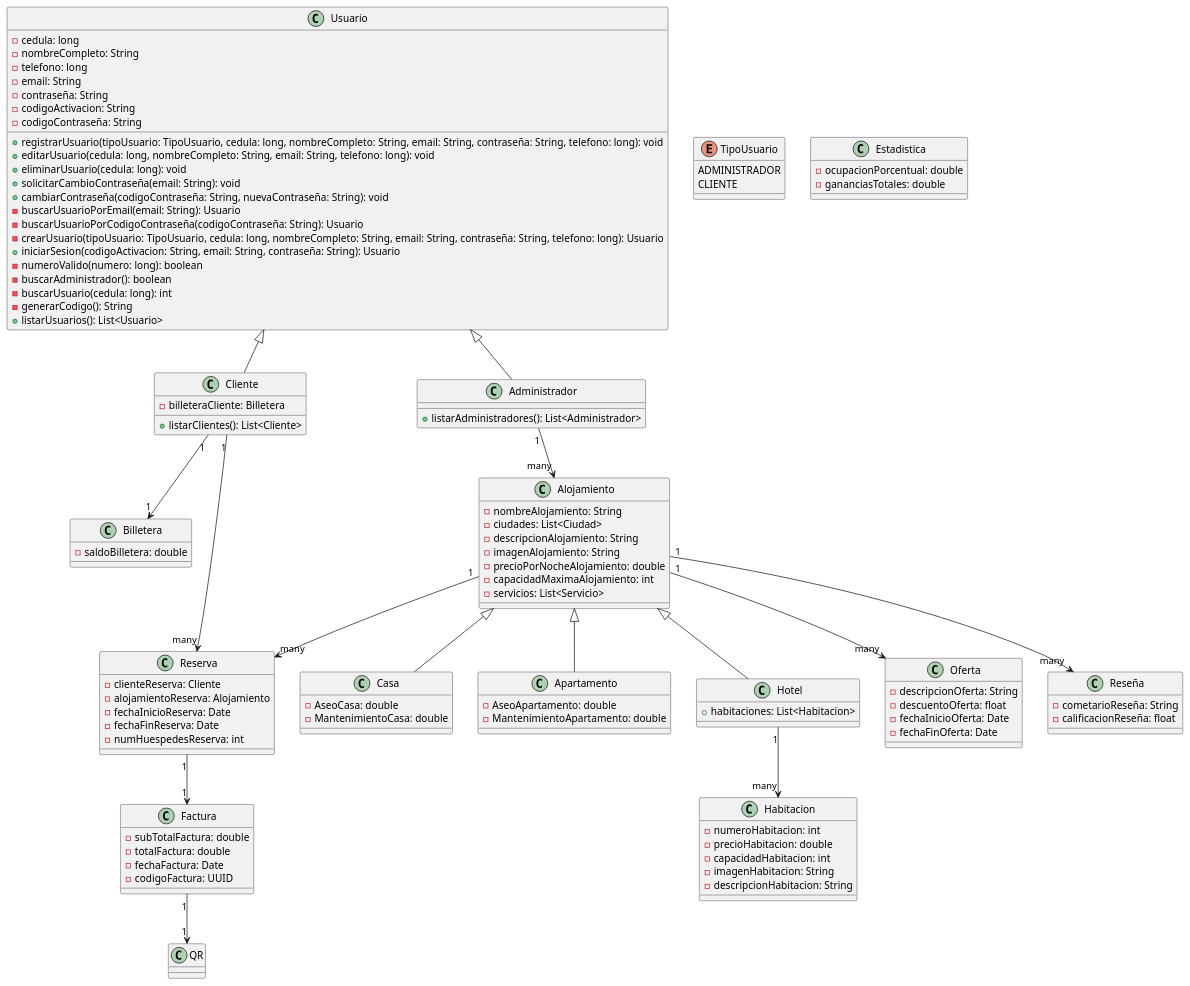
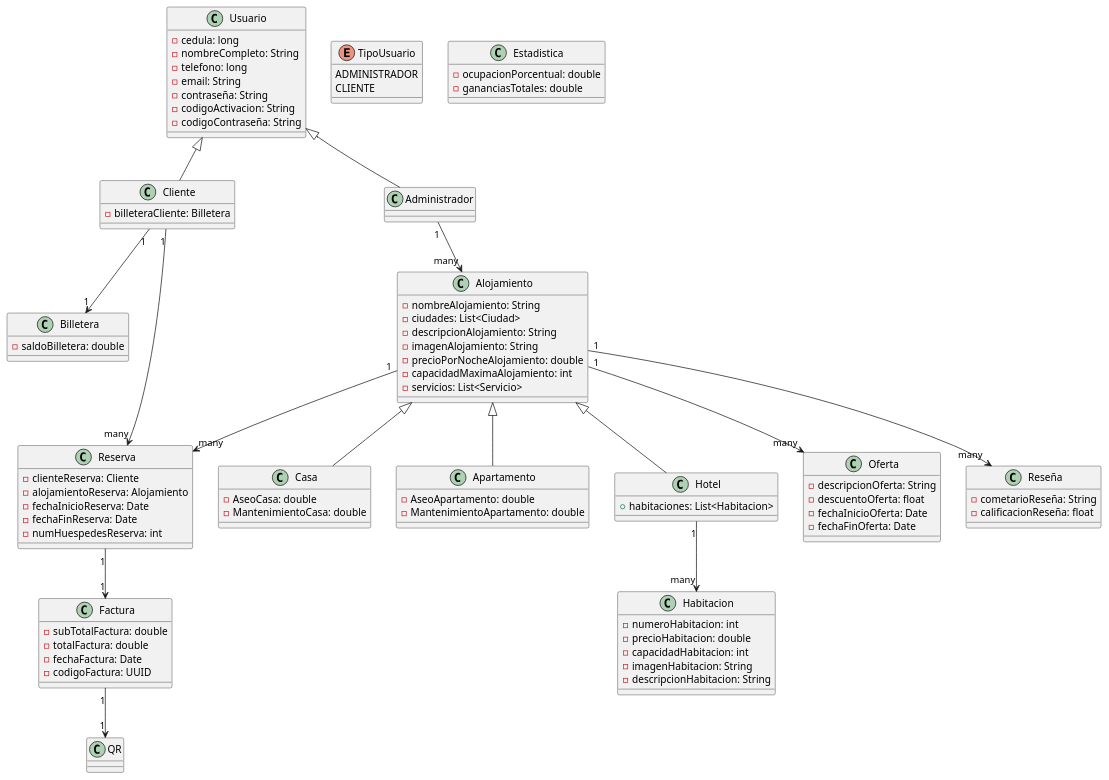
The diagram in src/main/resources/img/DiagramaDeClases.puml (RedRos41/Programacion_2), drawn with PlantUML before and after one commit. The commit also changed 23 other files, not shown here.

Commit message:
Se actualizan los modelos y se actualiza el DiagramaDeClases.puml.

```diff
--- a/src/main/resources/img/DiagramaDeClases.puml
+++ b/src/main/resources/img/DiagramaDeClases.puml
@@ -1,123 +1,107 @@
 @startuml
 'https://plantuml.com/sequence-diagram
 
 class Usuario {
     - cedula: long
     - nombreCompleto: String
     - telefono: long
     - email: String
     - contraseña: String
     - codigoActivacion: String
     - codigoContraseña: String
-    + registrarUsuario(tipoUsuario: TipoUsuario, cedula: long, nombreCompleto: String, email: String, contraseña: String, telefono: long): void
-    + editarUsuario(cedula: long, nombreCompleto: String, email: String, telefono: long): void
-    + eliminarUsuario(cedula: long): void
-    + solicitarCambioContraseña(email: String): void
-    + cambiarContraseña(codigoContraseña: String, nuevaContraseña: String): void
-    - buscarUsuarioPorEmail(email: String): Usuario
-    - buscarUsuarioPorCodigoContraseña(codigoContraseña: String): Usuario
-    - crearUsuario(tipoUsuario: TipoUsuario, cedula: long, nombreCompleto: String, email: String, contraseña: String, telefono: long): Usuario
-    + iniciarSesion(codigoActivacion: String, email: String, contraseña: String): Usuario
-    - numeroValido(numero: long): boolean
-    - buscarAdministrador(): boolean
-    - buscarUsuario(cedula: long): int
-    - generarCodigo(): String
-    + listarUsuarios(): List<Usuario>
 }
 
 enum TipoUsuario {
     ADMINISTRADOR
     CLIENTE
 }
 
 class Cliente extends Usuario {
     - billeteraCliente: Billetera
-    + listarClientes(): List<Cliente>
 }
 
 class Administrador extends Usuario {
-    + listarAdministradores(): List<Administrador>
 }
 
 class Alojamiento {
     - nombreAlojamiento: String
     - ciudades: List<Ciudad>
     - descripcionAlojamiento: String
     - imagenAlojamiento: String
     - precioPorNocheAlojamiento: double
     - capacidadMaximaAlojamiento: int
     - servicios: List<Servicio>
 }
 
 class Casa extends Alojamiento {
     - AseoCasa: double
     - MantenimientoCasa: double
 }
 
 class Apartamento extends Alojamiento {
     - AseoApartamento: double
     - MantenimientoApartamento: double
 }
 
 class Hotel extends Alojamiento {
     + habitaciones: List<Habitacion>
 }
 
 class Habitacion {
     - numeroHabitacion: int
     - precioHabitacion: double
     - capacidadHabitacion: int
     - imagenHabitacion: String
     - descripcionHabitacion: String
 }
 
 class Billetera {
     - saldoBilletera: double
 }
 
 class Reserva {
     - clienteReserva: Cliente
     - alojamientoReserva: Alojamiento
     - fechaInicioReserva: Date
     - fechaFinReserva: Date
     - numHuespedesReserva: int
 }
 
 class Factura {
     - subTotalFactura: double
     - totalFactura: double
     - fechaFactura: Date
     - codigoFactura: UUID
 }
 
 class Oferta {
     - descripcionOferta: String
     - descuentoOferta: float
     - fechaInicioOferta: Date
     - fechaFinOferta: Date
 }
 
 class Estadistica {
     - ocupacionPorcentual: double
     - gananciasTotales: double
 }
 
 class Reseña {
     - cometarioReseña: String
     - calificacionReseña: float
 }
 
 class QR {
 }
 
 Cliente "1" --> "1" Billetera
 Administrador "1" --> "many" Alojamiento
 Cliente "1" --> "many" Reserva
 Alojamiento "1" --> "many" Oferta
 Alojamiento "1" --> "many" Reseña
 Alojamiento "1" --> "many" Reserva
 Reserva "1" --> "1" Factura
 Factura "1" --> "1" QR
 Hotel "1" --> "many" Habitacion
 
 @enduml
```
